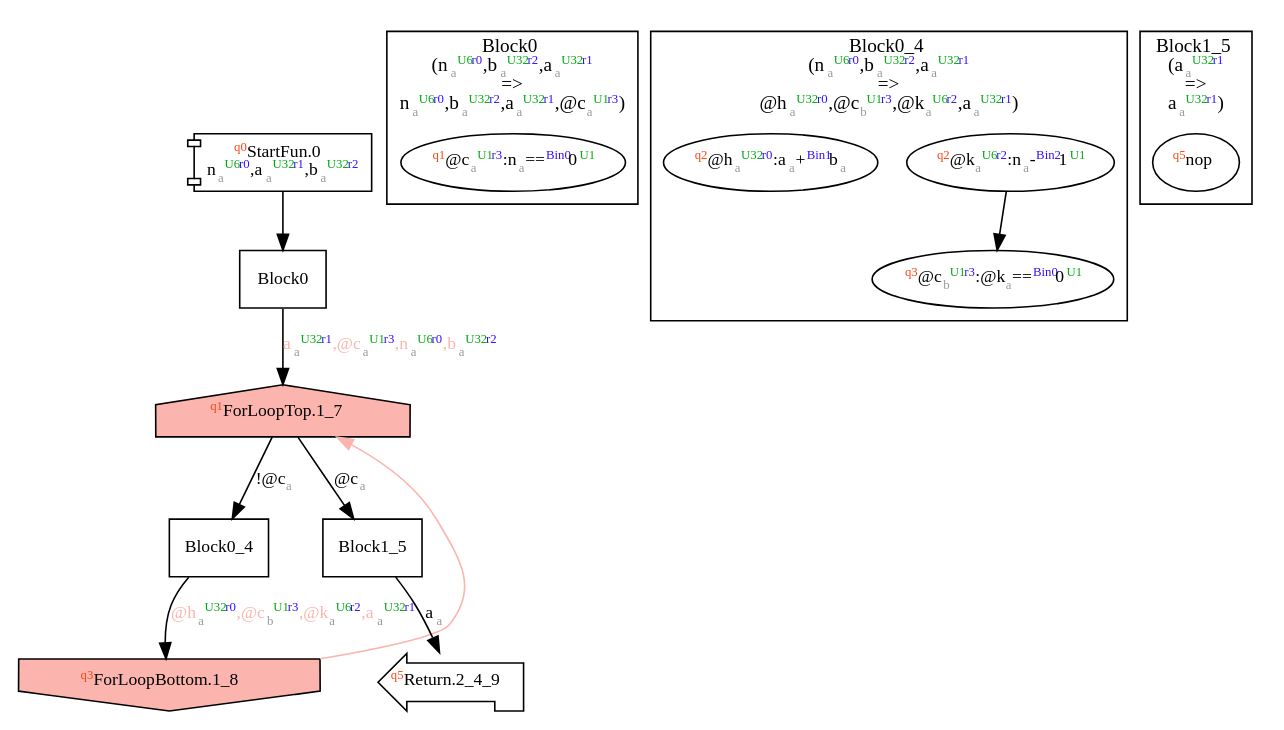
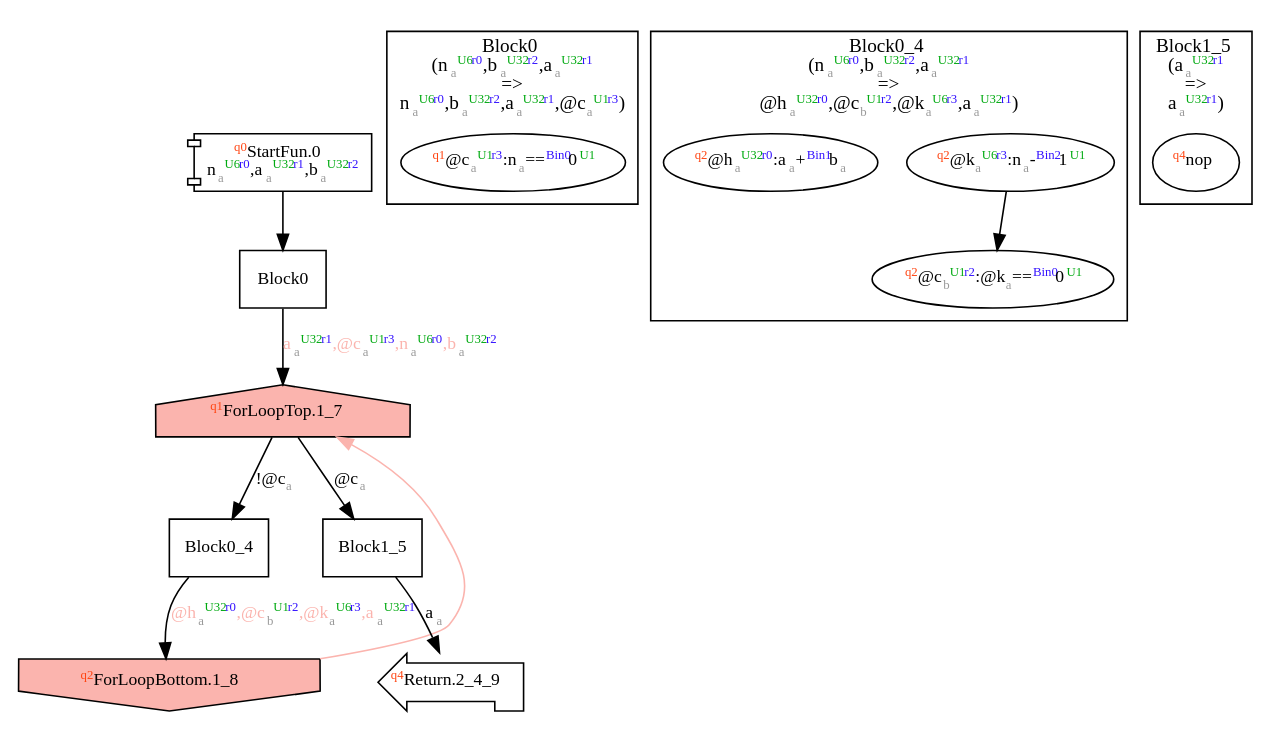
One commit to akouryy/SyntheScala changed the diagram in dist/fib.dot. Above: the diagram before and after it, drawn with Graphviz. The commit also changed 24 other files, not shown here.

```diff
--- a/dist/fib.dot
+++ b/dist/fib.dot
@@ -1,45 +1,45 @@
 digraph Program_ {
   graph [fontname = "Monaco", fontsize = 12, ranksep = 0.5];
   node [shape = box, fontname = "Monaco", fontsize = 11; colorscheme = pastel19];
   edge [fontname = "Monaco", fontsize = 11; colorscheme = pastel19];
   Jump0[label = <<font color="#ff4411" point-size="8"><sup>q0</sup></font>StartFun.0<br/>n<font color="#999999" point-size="8"><sub>a</sub></font><font color="#00aa11" point-size="8"><sup>U6</sup></font><font color="#3311ff" point-size="8"><sup>r0</sup></font>,a<font color="#999999" point-size="8"><sub>a</sub></font><font color="#00aa11" point-size="8"><sup>U32</sup></font><font color="#3311ff" point-size="8"><sup>r1</sup></font>,b<font color="#999999" point-size="8"><sub>a</sub></font><font color="#00aa11" point-size="8"><sup>U32</sup></font><font color="#3311ff" point-size="8"><sup>r2</sup></font>>; shape = component];
   Jump0 -> Block0;
   Jump1_7[
     label = <<font color="#ff4411" point-size="8"><sup>q1</sup></font>ForLoopTop.1_7>;
     shape = house; style = filled;
     fillcolor = 1;
   ];
   Block0 -> Jump1_7 [label=<a<font color="#999999" point-size="8"><sub>a</sub></font><font color="#00aa11" point-size="8"><sup>U32</sup></font><font color="#3311ff" point-size="8"><sup>r1</sup></font>,@c<font color="#999999" point-size="8"><sub>a</sub></font><font color="#00aa11" point-size="8"><sup>U1</sup></font><font color="#3311ff" point-size="8"><sup>r3</sup></font>,n<font color="#999999" point-size="8"><sub>a</sub></font><font color="#00aa11" point-size="8"><sup>U6</sup></font><font color="#3311ff" point-size="8"><sup>r0</sup></font>,b<font color="#999999" point-size="8"><sub>a</sub></font><font color="#00aa11" point-size="8"><sup>U32</sup></font><font color="#3311ff" point-size="8"><sup>r2</sup></font>>; fontcolor=1];
   Jump1_7 -> Block0_4 [label = <!@c<font color="#999999" point-size="8"><sub>a</sub></font>>];
   Jump1_8 -> Jump1_7 [constraint = false; color = 1];
   Jump1_7 -> Block1_5 [label = <@c<font color="#999999" point-size="8"><sub>a</sub></font>>];
   Jump1_8[
-    label = <<font color="#ff4411" point-size="8"><sup>q3</sup></font>ForLoopBottom.1_8>
+    label = <<font color="#ff4411" point-size="8"><sup>q2</sup></font>ForLoopBottom.1_8>
     shape = invhouse; style = filled;
     fillcolor = 1;
   ];
-  Block0_4 -> Jump1_8 [label=<@h<font color="#999999" point-size="8"><sub>a</sub></font><font color="#00aa11" point-size="8"><sup>U32</sup></font><font color="#3311ff" point-size="8"><sup>r0</sup></font>,@c<font color="#999999" point-size="8"><sub>b</sub></font><font color="#00aa11" point-size="8"><sup>U1</sup></font><font color="#3311ff" point-size="8"><sup>r3</sup></font>,@k<font color="#999999" point-size="8"><sub>a</sub></font><font color="#00aa11" point-size="8"><sup>U6</sup></font><font color="#3311ff" point-size="8"><sup>r2</sup></font>,a<font color="#999999" point-size="8"><sub>a</sub></font><font color="#00aa11" point-size="8"><sup>U32</sup></font><font color="#3311ff" point-size="8"><sup>r1</sup></font>>; fontcolor=1];
-  Jump2_4_9[label = <<font color="#ff4411" point-size="8"><sup>q5</sup></font>Return.2_4_9>; shape = lpromoter];
+  Block0_4 -> Jump1_8 [label=<@h<font color="#999999" point-size="8"><sub>a</sub></font><font color="#00aa11" point-size="8"><sup>U32</sup></font><font color="#3311ff" point-size="8"><sup>r0</sup></font>,@c<font color="#999999" point-size="8"><sub>b</sub></font><font color="#00aa11" point-size="8"><sup>U1</sup></font><font color="#3311ff" point-size="8"><sup>r2</sup></font>,@k<font color="#999999" point-size="8"><sub>a</sub></font><font color="#00aa11" point-size="8"><sup>U6</sup></font><font color="#3311ff" point-size="8"><sup>r3</sup></font>,a<font color="#999999" point-size="8"><sub>a</sub></font><font color="#00aa11" point-size="8"><sup>U32</sup></font><font color="#3311ff" point-size="8"><sup>r1</sup></font>>; fontcolor=1];
+  Jump2_4_9[label = <<font color="#ff4411" point-size="8"><sup>q4</sup></font>Return.2_4_9>; shape = lpromoter];
   Block1_5 -> Jump2_4_9 [label=<a<font color="#999999" point-size="8"><sub>a</sub></font>>];
   Block0 [label = "Block0"];
   Block0_4 [label = "Block0_4"];
   Block1_5 [label = "Block1_5"];
   subgraph cluster_dfg_Block0 {
     node [shape = oval];
     label = <Block0<br/>(n<font color="#999999" point-size="8"><sub>a</sub></font><font color="#00aa11" point-size="8"><sup>U6</sup></font><font color="#3311ff" point-size="8"><sup>r0</sup></font>,b<font color="#999999" point-size="8"><sub>a</sub></font><font color="#00aa11" point-size="8"><sup>U32</sup></font><font color="#3311ff" point-size="8"><sup>r2</sup></font>,a<font color="#999999" point-size="8"><sub>a</sub></font><font color="#00aa11" point-size="8"><sup>U32</sup></font><font color="#3311ff" point-size="8"><sup>r1</sup></font><br/>=&gt;<br/>n<font color="#999999" point-size="8"><sub>a</sub></font><font color="#00aa11" point-size="8"><sup>U6</sup></font><font color="#3311ff" point-size="8"><sup>r0</sup></font>,b<font color="#999999" point-size="8"><sub>a</sub></font><font color="#00aa11" point-size="8"><sup>U32</sup></font><font color="#3311ff" point-size="8"><sup>r2</sup></font>,a<font color="#999999" point-size="8"><sub>a</sub></font><font color="#00aa11" point-size="8"><sup>U32</sup></font><font color="#3311ff" point-size="8"><sup>r1</sup></font>,@c<font color="#999999" point-size="8"><sub>a</sub></font><font color="#00aa11" point-size="8"><sup>U1</sup></font><font color="#3311ff" point-size="8"><sup>r3</sup></font>)>;
     8 [label=<<font color="#ff4411" point-size="8"><sup>q1</sup></font>@c<font color="#999999" point-size="8"><sub>a</sub></font><font color="#00aa11" point-size="8"><sup>U1</sup></font><font color="#3311ff" point-size="8"><sup>r3</sup></font>:n<font color="#999999" point-size="8"><sub>a</sub></font>==<font color="#3311ff" point-size="8"><sup>Bin0</sup></font>0<font color="#00aa11" point-size="8"><sup>U1</sup></font>>];
   }
   subgraph cluster_dfg_Block0_4 {
     node [shape = oval];
-    label = <Block0_4<br/>(n<font color="#999999" point-size="8"><sub>a</sub></font><font color="#00aa11" point-size="8"><sup>U6</sup></font><font color="#3311ff" point-size="8"><sup>r0</sup></font>,b<font color="#999999" point-size="8"><sub>a</sub></font><font color="#00aa11" point-size="8"><sup>U32</sup></font><font color="#3311ff" point-size="8"><sup>r2</sup></font>,a<font color="#999999" point-size="8"><sub>a</sub></font><font color="#00aa11" point-size="8"><sup>U32</sup></font><font color="#3311ff" point-size="8"><sup>r1</sup></font><br/>=&gt;<br/>@h<font color="#999999" point-size="8"><sub>a</sub></font><font color="#00aa11" point-size="8"><sup>U32</sup></font><font color="#3311ff" point-size="8"><sup>r0</sup></font>,@c<font color="#999999" point-size="8"><sub>b</sub></font><font color="#00aa11" point-size="8"><sup>U1</sup></font><font color="#3311ff" point-size="8"><sup>r3</sup></font>,@k<font color="#999999" point-size="8"><sub>a</sub></font><font color="#00aa11" point-size="8"><sup>U6</sup></font><font color="#3311ff" point-size="8"><sup>r2</sup></font>,a<font color="#999999" point-size="8"><sub>a</sub></font><font color="#00aa11" point-size="8"><sup>U32</sup></font><font color="#3311ff" point-size="8"><sup>r1</sup></font>)>;
-    9 [label=<<font color="#ff4411" point-size="8"><sup>q2</sup></font>@k<font color="#999999" point-size="8"><sub>a</sub></font><font color="#00aa11" point-size="8"><sup>U6</sup></font><font color="#3311ff" point-size="8"><sup>r2</sup></font>:n<font color="#999999" point-size="8"><sub>a</sub></font>-<font color="#3311ff" point-size="8"><sup>Bin2</sup></font>1<font color="#00aa11" point-size="8"><sup>U1</sup></font>>];
+    label = <Block0_4<br/>(n<font color="#999999" point-size="8"><sub>a</sub></font><font color="#00aa11" point-size="8"><sup>U6</sup></font><font color="#3311ff" point-size="8"><sup>r0</sup></font>,b<font color="#999999" point-size="8"><sub>a</sub></font><font color="#00aa11" point-size="8"><sup>U32</sup></font><font color="#3311ff" point-size="8"><sup>r2</sup></font>,a<font color="#999999" point-size="8"><sub>a</sub></font><font color="#00aa11" point-size="8"><sup>U32</sup></font><font color="#3311ff" point-size="8"><sup>r1</sup></font><br/>=&gt;<br/>@h<font color="#999999" point-size="8"><sub>a</sub></font><font color="#00aa11" point-size="8"><sup>U32</sup></font><font color="#3311ff" point-size="8"><sup>r0</sup></font>,@c<font color="#999999" point-size="8"><sub>b</sub></font><font color="#00aa11" point-size="8"><sup>U1</sup></font><font color="#3311ff" point-size="8"><sup>r2</sup></font>,@k<font color="#999999" point-size="8"><sub>a</sub></font><font color="#00aa11" point-size="8"><sup>U6</sup></font><font color="#3311ff" point-size="8"><sup>r3</sup></font>,a<font color="#999999" point-size="8"><sub>a</sub></font><font color="#00aa11" point-size="8"><sup>U32</sup></font><font color="#3311ff" point-size="8"><sup>r1</sup></font>)>;
+    9 [label=<<font color="#ff4411" point-size="8"><sup>q2</sup></font>@k<font color="#999999" point-size="8"><sub>a</sub></font><font color="#00aa11" point-size="8"><sup>U6</sup></font><font color="#3311ff" point-size="8"><sup>r3</sup></font>:n<font color="#999999" point-size="8"><sub>a</sub></font>-<font color="#3311ff" point-size="8"><sup>Bin2</sup></font>1<font color="#00aa11" point-size="8"><sup>U1</sup></font>>];
     10 [label=<<font color="#ff4411" point-size="8"><sup>q2</sup></font>@h<font color="#999999" point-size="8"><sub>a</sub></font><font color="#00aa11" point-size="8"><sup>U32</sup></font><font color="#3311ff" point-size="8"><sup>r0</sup></font>:a<font color="#999999" point-size="8"><sub>a</sub></font>+<font color="#3311ff" point-size="8"><sup>Bin1</sup></font>b<font color="#999999" point-size="8"><sub>a</sub></font>>];
-    11 [label=<<font color="#ff4411" point-size="8"><sup>q3</sup></font>@c<font color="#999999" point-size="8"><sub>b</sub></font><font color="#00aa11" point-size="8"><sup>U1</sup></font><font color="#3311ff" point-size="8"><sup>r3</sup></font>:@k<font color="#999999" point-size="8"><sub>a</sub></font>==<font color="#3311ff" point-size="8"><sup>Bin0</sup></font>0<font color="#00aa11" point-size="8"><sup>U1</sup></font>>];
+    11 [label=<<font color="#ff4411" point-size="8"><sup>q2</sup></font>@c<font color="#999999" point-size="8"><sub>b</sub></font><font color="#00aa11" point-size="8"><sup>U1</sup></font><font color="#3311ff" point-size="8"><sup>r2</sup></font>:@k<font color="#999999" point-size="8"><sub>a</sub></font>==<font color="#3311ff" point-size="8"><sup>Bin0</sup></font>0<font color="#00aa11" point-size="8"><sup>U1</sup></font>>];
     9 -> 11;
   }
   subgraph cluster_dfg_Block1_5 {
     node [shape = oval];
     label = <Block1_5<br/>(a<font color="#999999" point-size="8"><sub>a</sub></font><font color="#00aa11" point-size="8"><sup>U32</sup></font><font color="#3311ff" point-size="8"><sup>r1</sup></font><br/>=&gt;<br/>a<font color="#999999" point-size="8"><sub>a</sub></font><font color="#00aa11" point-size="8"><sup>U32</sup></font><font color="#3311ff" point-size="8"><sup>r1</sup></font>)>;
-    12 [label=<<font color="#ff4411" point-size="8"><sup>q5</sup></font>nop>];
+    12 [label=<<font color="#ff4411" point-size="8"><sup>q4</sup></font>nop>];
   }
 }
```
